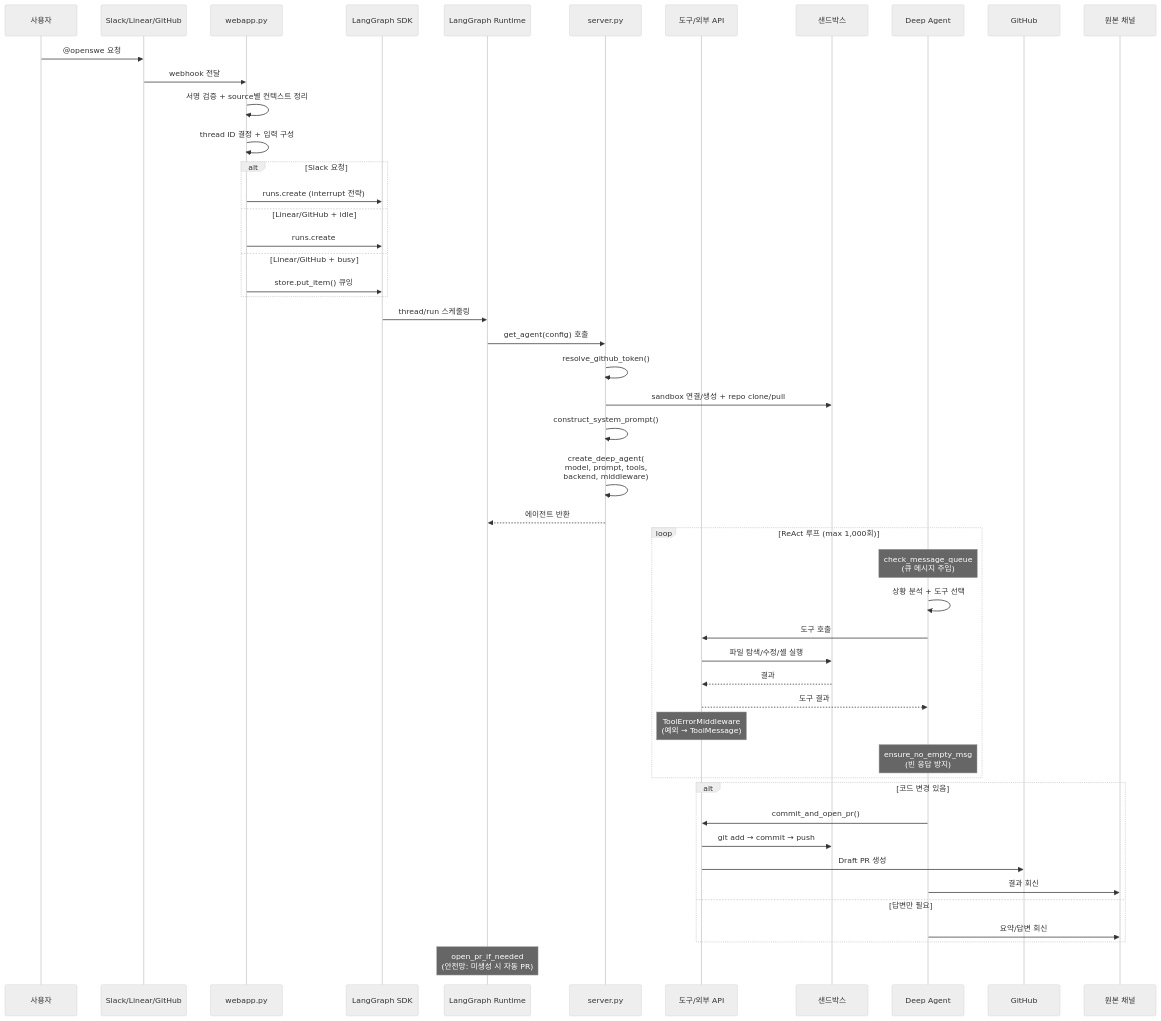
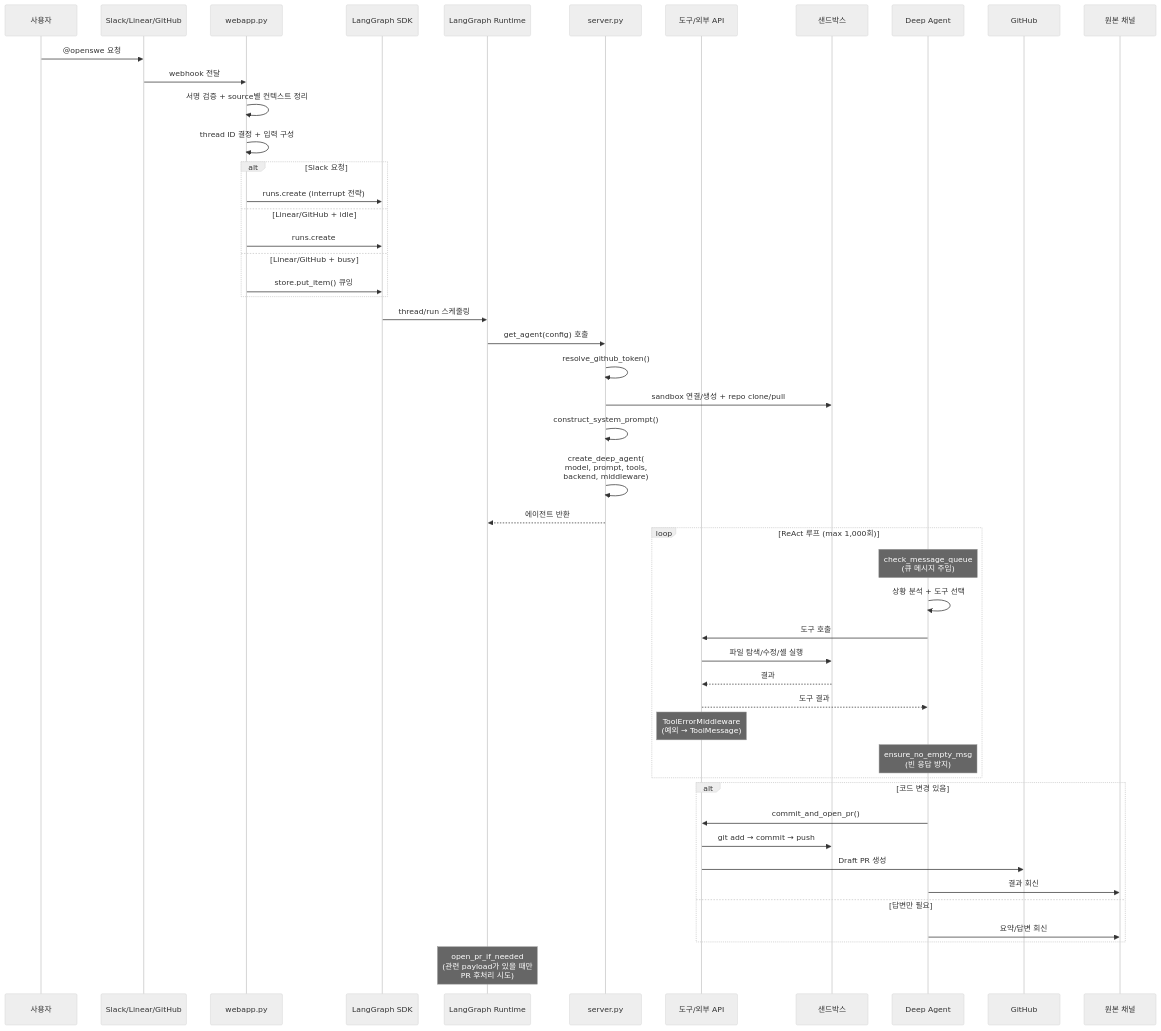
The second of 9 diagrams in docs/open-swe/00-diagram.md (kimchanhyung98/agentic-workflows), drawn with Mermaid (neutral theme) before and after one commit. The commit also changed other lines of this file and 2 other files, not shown here.

First line of the commit message:
docs(open-swe): reformat tables and update env vars

````diff
--- a/docs/open-swe/00-diagram.md
+++ b/docs/open-swe/00-diagram.md
@@ -73,57 +73,57 @@
 ```mermaid
 sequenceDiagram
     participant User as 사용자
     participant Source as Slack/Linear/GitHub
     participant WebApp as webapp.py
     participant SDK as LangGraph SDK
     participant Platform as LangGraph Runtime
     participant Server as server.py
     participant Tools as 도구/외부 API
     participant Sandbox as 샌드박스
     participant Agent as Deep Agent
     participant GH as GitHub
     participant Reply as 원본 채널
 
     User->>Source: @openswe 요청
     Source->>WebApp: webhook 전달
     WebApp->>WebApp: 서명 검증 + source별 컨텍스트 정리
     WebApp->>WebApp: thread ID 결정 + 입력 구성
 
     alt Slack 요청
         WebApp->>SDK: runs.create (interrupt 전략)
     else Linear/GitHub + idle
         WebApp->>SDK: runs.create
     else Linear/GitHub + busy
         WebApp->>SDK: store.put_item() 큐잉
     end
 
     SDK->>Platform: thread/run 스케줄링
     Platform->>Server: get_agent(config) 호출
     Server->>Server: resolve_github_token()
     Server->>Sandbox: sandbox 연결/생성 + repo clone/pull
     Server->>Server: construct_system_prompt()
     Server->>Server: create_deep_agent(<br/>model, prompt, tools,<br/>backend, middleware)
     Server-->>Platform: 에이전트 반환
 
     loop ReAct 루프 (max 1,000회)
         Note over Agent: check_message_queue<br/>(큐 메시지 주입)
         Agent->>Agent: 상황 분석 + 도구 선택
         Agent->>Tools: 도구 호출
         Tools->>Sandbox: 파일 탐색/수정/셸 실행
         Sandbox-->>Tools: 결과
         Tools-->>Agent: 도구 결과
         Note over Tools: ToolErrorMiddleware<br/>(예외 → ToolMessage)
         Note over Agent: ensure_no_empty_msg<br/>(빈 응답 방지)
     end
 
     alt 코드 변경 있음
         Agent->>Tools: commit_and_open_pr()
         Tools->>Sandbox: git add → commit → push
         Tools->>GH: Draft PR 생성
         Agent->>Reply: 결과 회신
     else 답변만 필요
         Agent->>Reply: 요약/답변 회신
     end
 
-    Note over Platform: open_pr_if_needed<br/>(안전망: 미생성 시 자동 PR)
+    Note over Platform: open_pr_if_needed<br/>(관련 payload가 있을 때만<br/>PR 후처리 시도)
 ```
````
